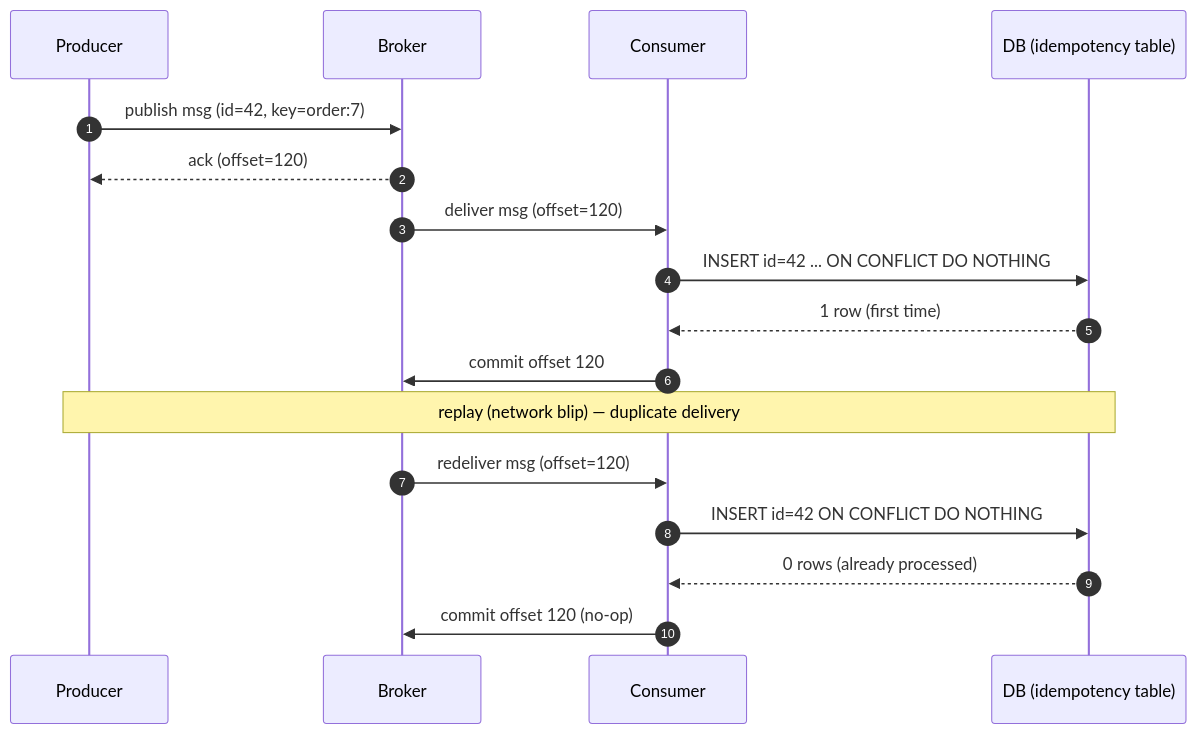
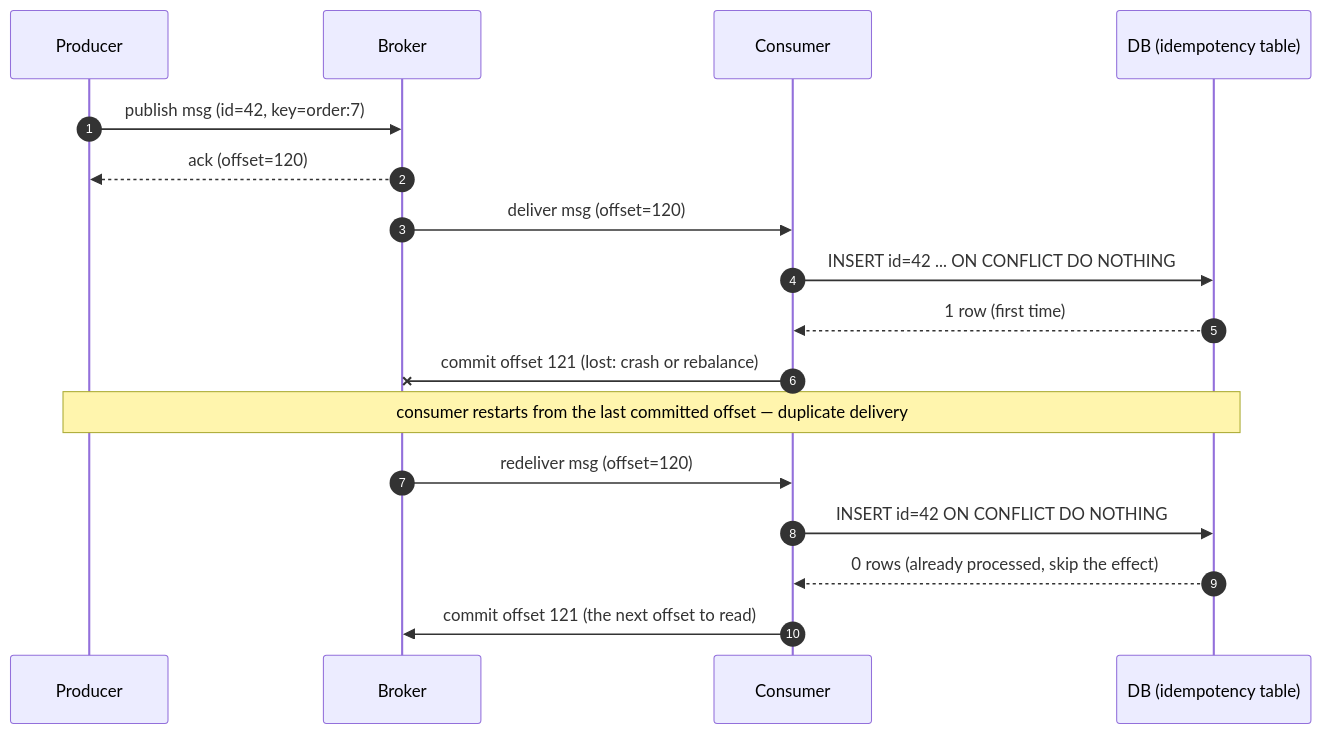
Before and after one commit to amanleloush/STACKTRACE: the diagram in src/content/notes/04-messaging-kafka/delivery-semantics.mdx, drawn with Mermaid. The commit also changed other lines of this file and 258 other files, not shown here.

````diff
--- a/src/content/notes/04-messaging-kafka/delivery-semantics.mdx
+++ b/src/content/notes/04-messaging-kafka/delivery-semantics.mdx
@@ -26,19 +28,19 @@
 ```mermaid
 sequenceDiagram
     autonumber
     participant P as Producer
     participant B as Broker
     participant C as Consumer
     participant DB as DB (idempotency table)
     P->>B: publish msg (id=42, key=order:7)
     B-->>P: ack (offset=120)
     B->>C: deliver msg (offset=120)
     C->>DB: INSERT id=42 ... ON CONFLICT DO NOTHING
     DB-->>C: 1 row (first time)
-    C->>B: commit offset 120
-    Note over P,DB: replay (network blip) — duplicate delivery
+    C-xB: commit offset 121 (lost: crash or rebalance)
+    Note over P,DB: consumer restarts from the last committed offset — duplicate delivery
     B->>C: redeliver msg (offset=120)
     C->>DB: INSERT id=42 ON CONFLICT DO NOTHING
-    DB-->>C: 0 rows (already processed)
-    C->>B: commit offset 120 (no-op)
+    DB-->>C: 0 rows (already processed, skip the effect)
+    C->>B: commit offset 121 (the next offset to read)
 ```
````
